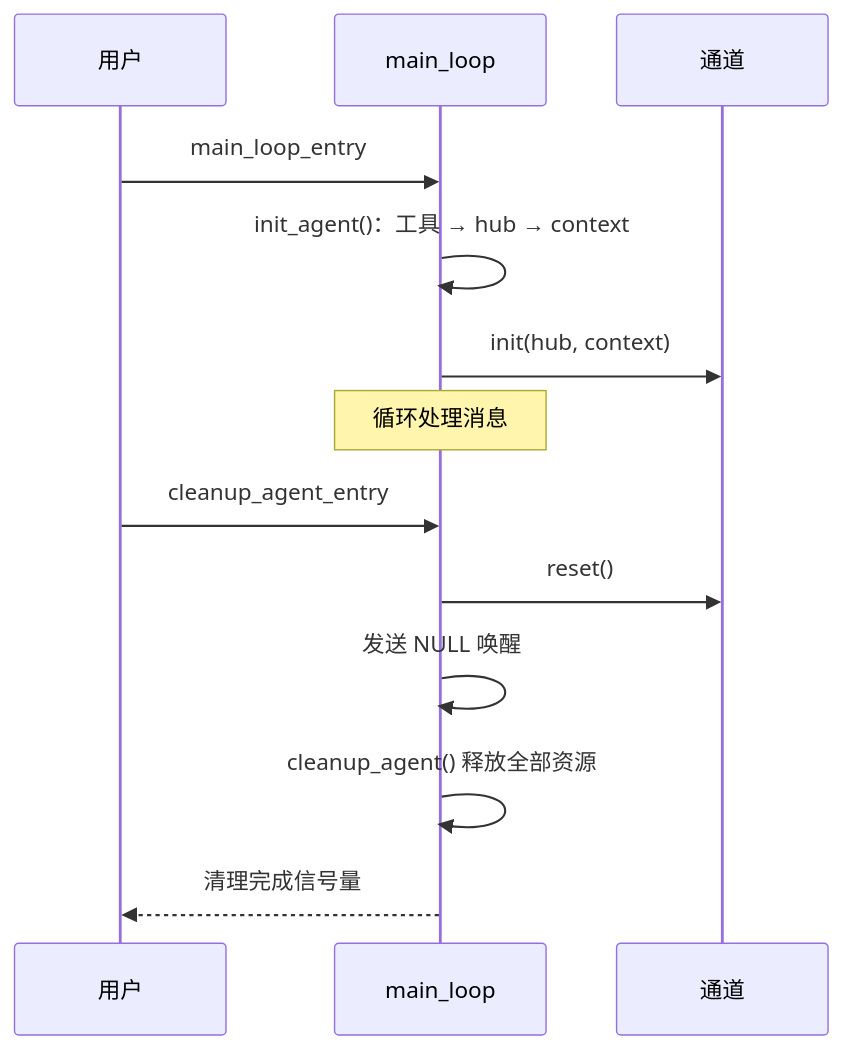
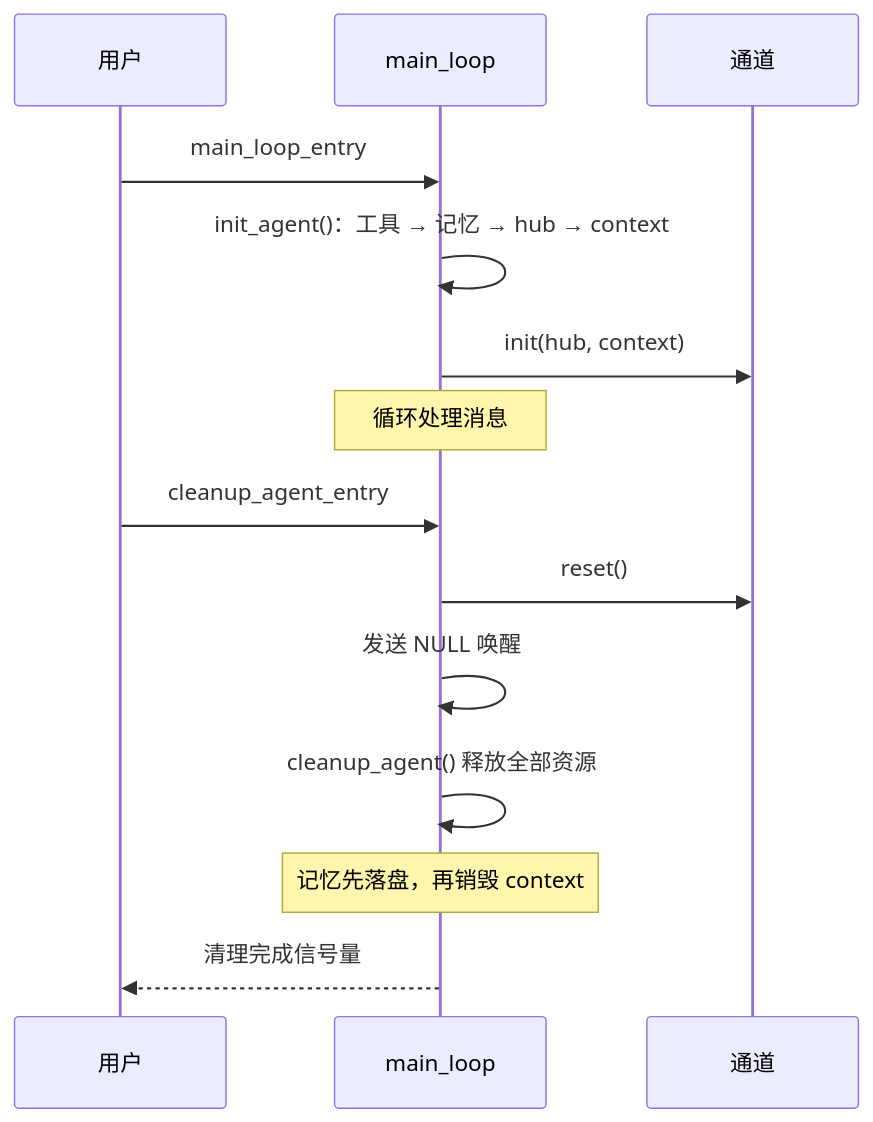
The second of 2 diagrams in docs/framework.md (CXSforHPU/Agent), drawn with Mermaid before and after one commit. The commit also changed other lines of this file and 2 other files, not shown here.

````diff
--- a/docs/framework.md
+++ b/docs/framework.md
@@ -598,17 +630,18 @@
 ```mermaid
 sequenceDiagram
     participant U as 用户
     participant ML as main_loop
     participant CH as 通道
 
     U->>ML: main_loop_entry
-    ML->>ML: init_agent()：工具 → hub → context
+    ML->>ML: init_agent()：工具 → 记忆 → hub → context
     ML->>CH: init(hub, context)
     Note over ML: 循环处理消息
 
     U->>ML: cleanup_agent_entry
     ML->>CH: reset()
     ML->>ML: 发送 NULL 唤醒
     ML->>ML: cleanup_agent() 释放全部资源
+    Note over ML: 记忆先落盘，再销毁 context
     ML-->>U: 清理完成信号量
 ```
````
